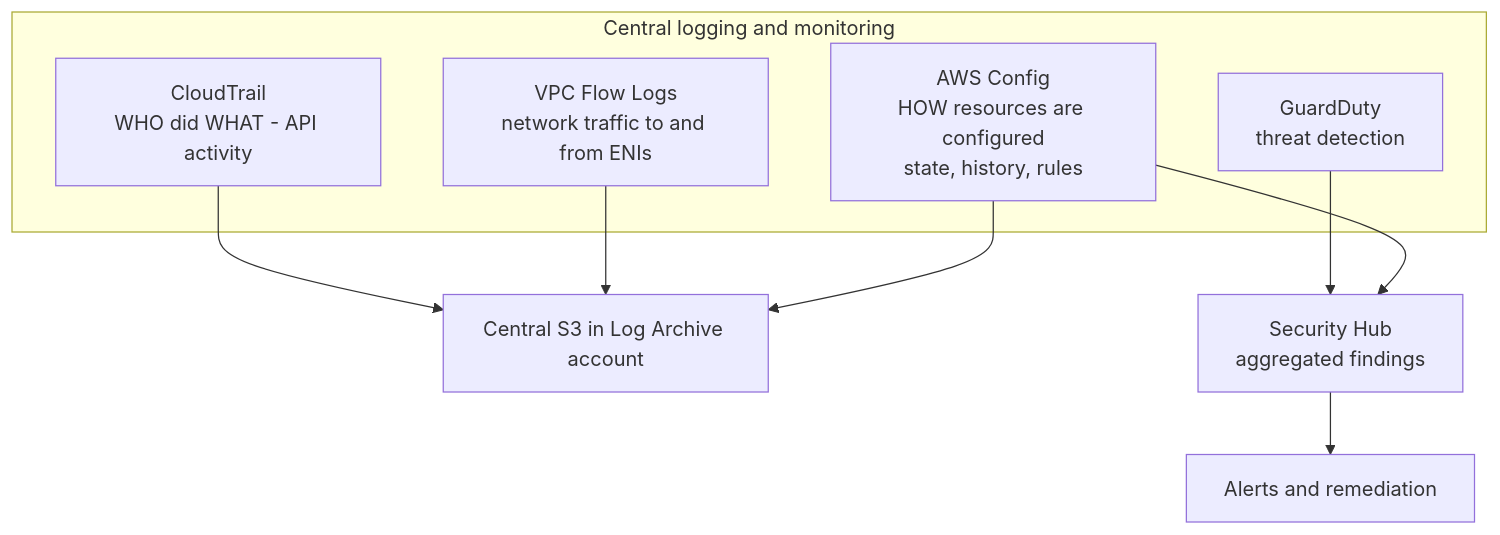
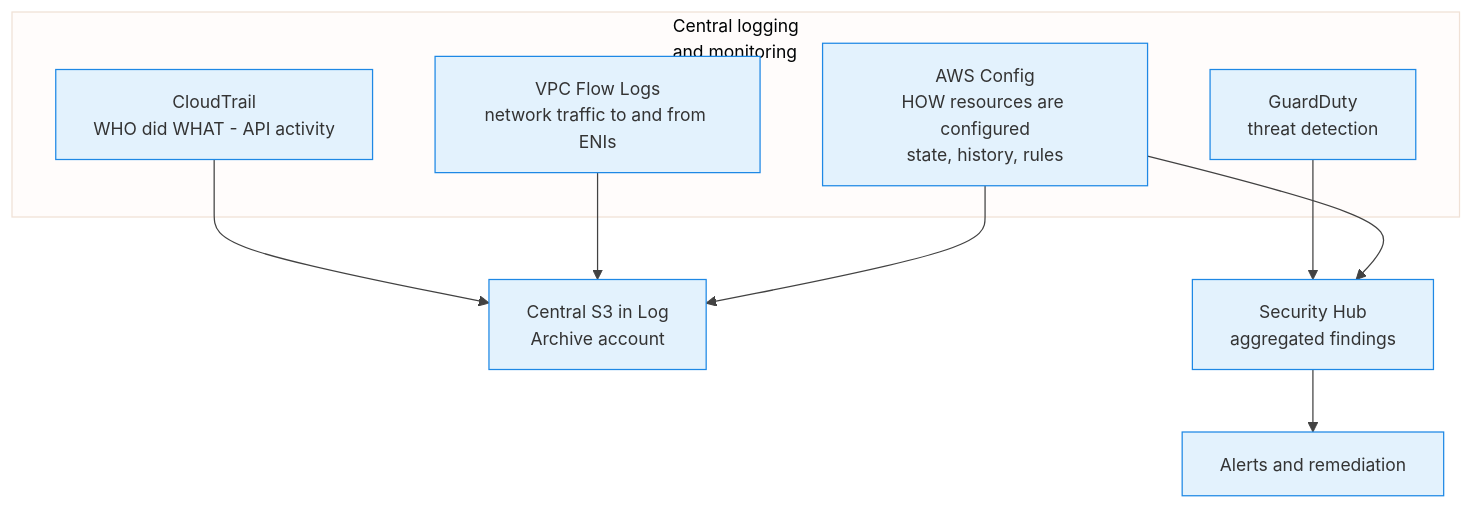
One commit to senthilkumarm1901/learn_by_blogging changed diagram 13 of 18 in aws_cloud_technical_essentials_book/13-multi-account-strategies.qmd. Above: the diagram before and after it, drawn with Mermaid. The commit also changed other lines of this file and 3 other files, not shown here.

Commit message:
updated diagrams, business cases used

````diff
--- a/aws_cloud_technical_essentials_book/13-multi-account-strategies.qmd
+++ b/aws_cloud_technical_essentials_book/13-multi-account-strategies.qmd
@@ -292,15 +329,16 @@
 ```{mermaid}
+%%{init: {'theme': 'base', 'themeVariables': {'primaryColor': '#E3F2FD', 'primaryBorderColor': '#1E88E5', 'lineColor': '#424242', 'fontSize': '14px'}}}%%
 flowchart TD
-    subgraph Logging["Central logging and monitoring"]
+    subgraph Logging["Central logging<br>and monitoring"]
         CT["CloudTrail<br>WHO did WHAT - API activity"]
         CFG["AWS Config<br>HOW resources are configured<br>state, history, rules"]
         VFL["VPC Flow Logs<br>network traffic to and from ENIs"]
         GD["GuardDuty<br>threat detection"]
     end
-    CT --> S3L["Central S3 in Log Archive account"]
+    CT --> S3L["Central S3 in Log<br>Archive account"]
     VFL --> S3L
     CFG --> S3L
     GD --> SH["Security Hub<br>aggregated findings"]
     CFG --> SH
     SH --> ALERT["Alerts and remediation"]
 ```
````
